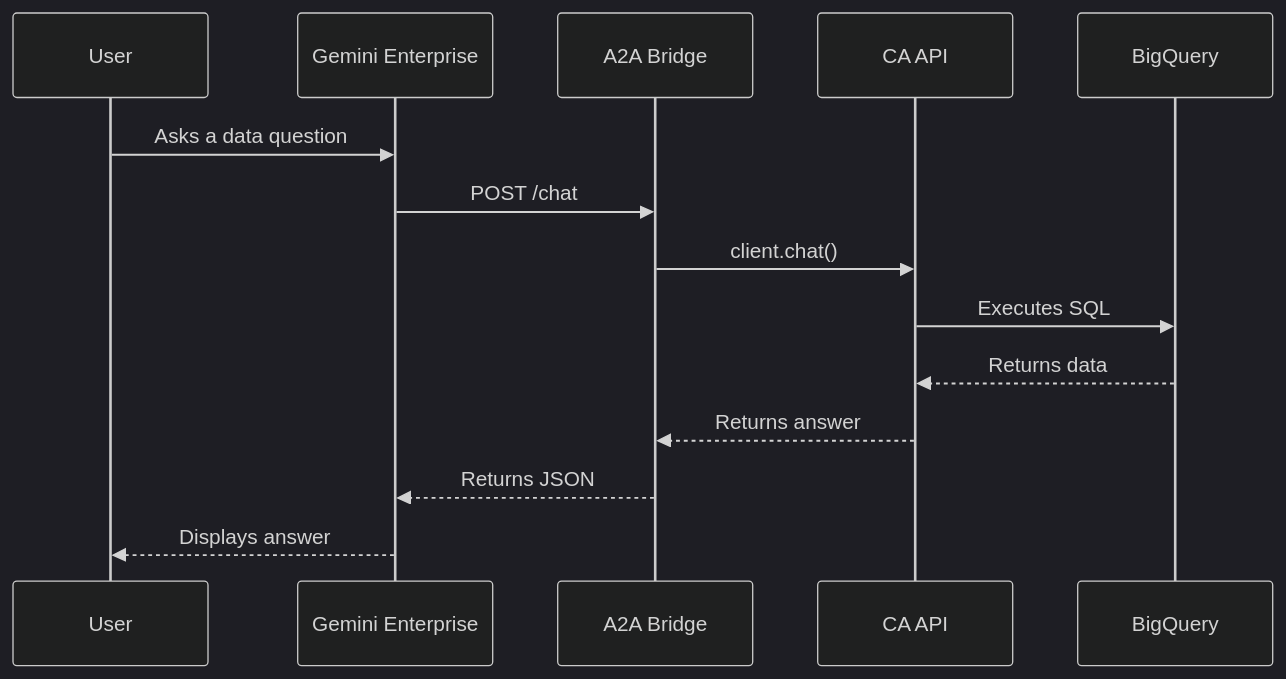
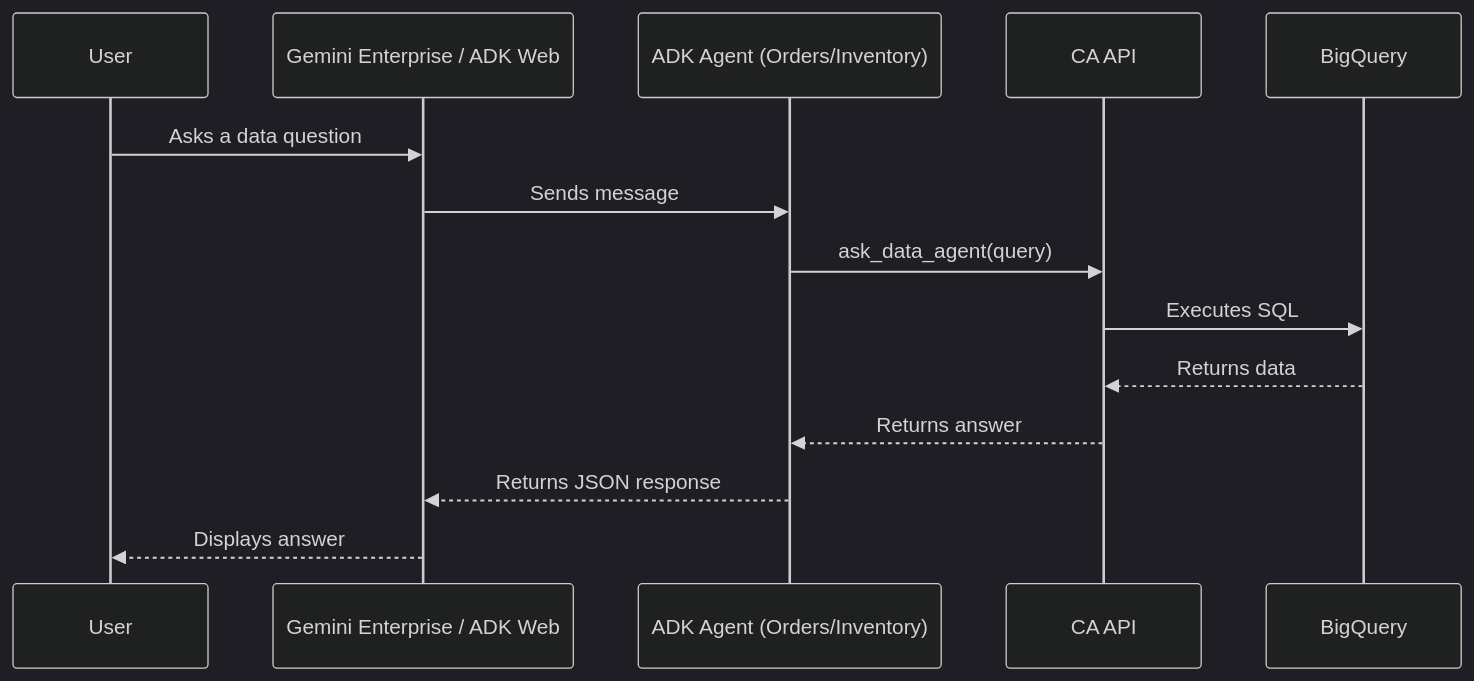
The diagram in bq_caapi_ge/README.md (johanesalxd/random-stuff), drawn with Mermaid (dark theme) before and after one commit. The commit also changed other lines of this file and 13 other files, not shown here.

Commit message:
refactor: Migrate from A2A bridge to standard ADK Agents

````diff
--- a/bq_caapi_ge/README.md
+++ b/bq_caapi_ge/README.md
@@ -9,17 +9,17 @@
 ```mermaid
 sequenceDiagram
     participant User
-    participant GE as Gemini Enterprise
-    participant Bridge as A2A Bridge
+    participant GE as Gemini Enterprise / ADK Web
+    participant ADK as ADK Agent (Orders/Inventory)
     participant CA as CA API
     participant BQ as BigQuery
 
     User->>GE: Asks a data question
-    GE->>Bridge: POST /chat
-    Bridge->>CA: client.chat()
+    GE->>ADK: Sends message
+    ADK->>CA: ask_data_agent(query)
     CA->>BQ: Executes SQL
     BQ-->>CA: Returns data
-    CA-->>Bridge: Returns answer
-    Bridge-->>GE: Returns JSON
+    CA-->>ADK: Returns answer
+    ADK-->>GE: Returns JSON response
     GE-->>User: Displays answer
 ```
````
